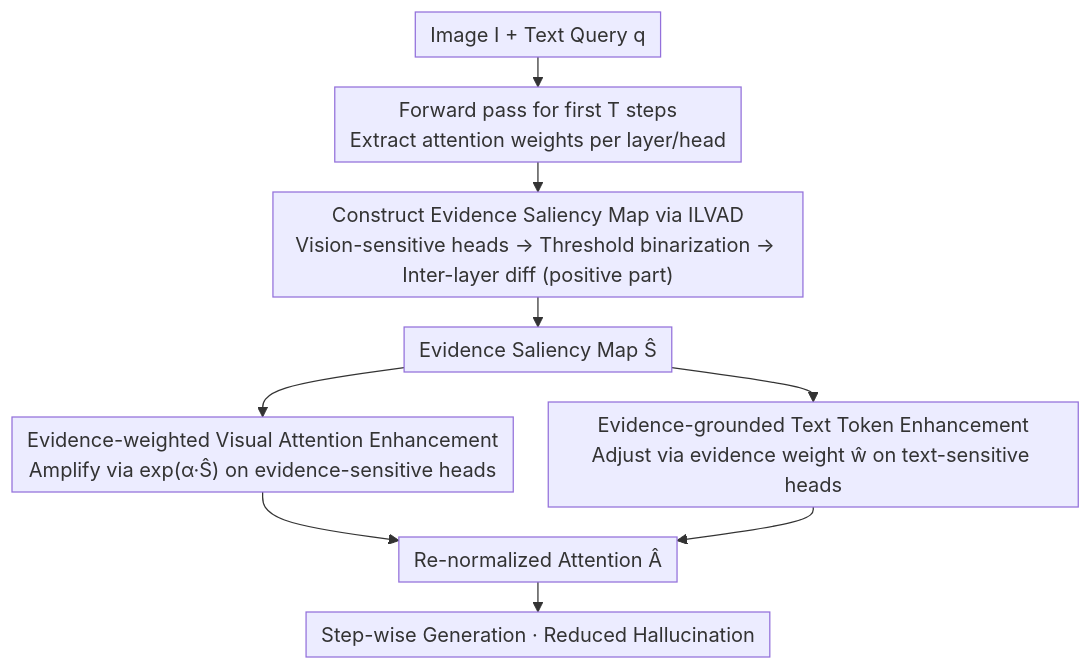
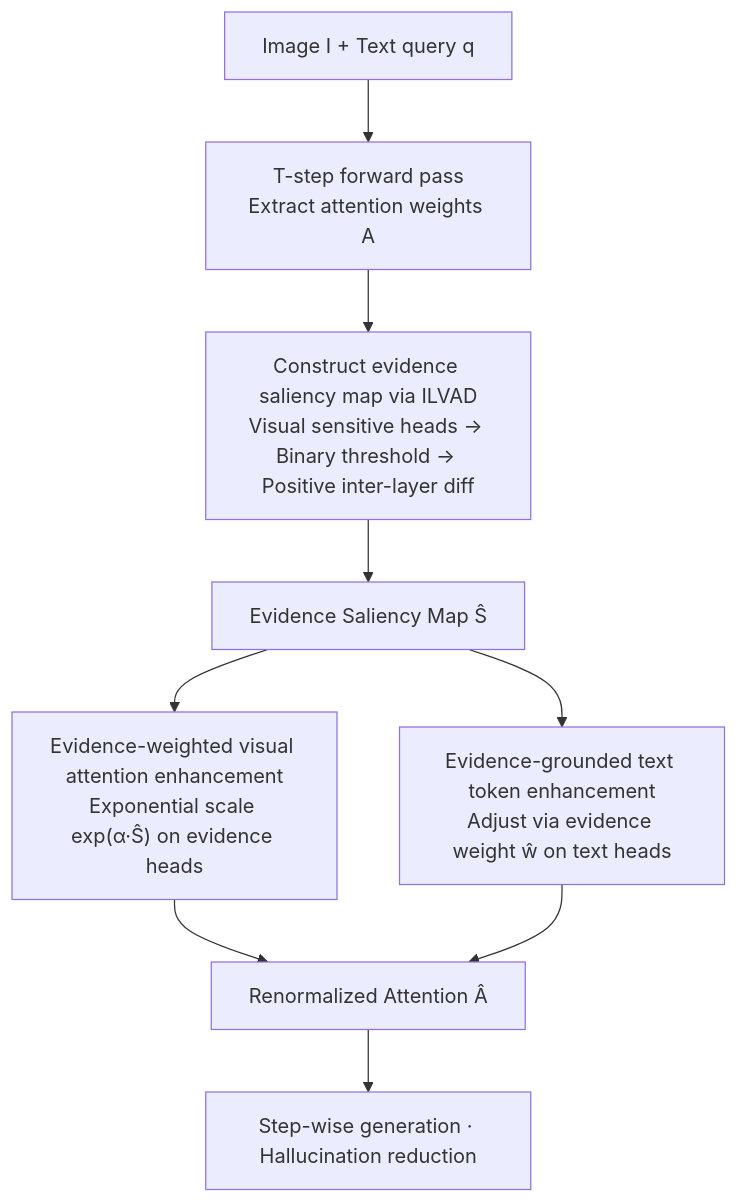
Before and after one commit to zhaoyang97/Paper-Notes-en: the diagram in docs/ICML2026/hallucination/finding_the_correct_visual_evidence_without_forgetting_mitigating_hallucination_.md, drawn with Mermaid. The commit also changed other lines of this file and 5084 other files, not shown here.

````diff
--- a/docs/ICML2026/hallucination/finding_the_correct_visual_evidence_without_forgetting_mitigating_hallucination_.md
+++ b/docs/ICML2026/hallucination/finding_the_correct_visual_evidence_without_forgetting_mitigating_hallucination_.md
@@ -40,12 +40,11 @@
 ```mermaid
-%%{init: {'flowchart': {'rankSpacing': 24, 'nodeSpacing': 28, 'padding': 6, 'wrappingWidth': 400}}}%%
 flowchart TD
-    A["Image I + Text Query q"] --> B["Forward pass for first T steps<br/>Extract attention weights per layer/head"]
-    B --> C["Construct Evidence Saliency Map via ILVAD<br/>Vision-sensitive heads → Threshold binarization → Inter-layer diff (positive part)"]
+    A["Image I + Text query q"] --> B["T-step forward pass<br/>Extract attention weights A"]
+    B --> C["Construct evidence saliency map via ILVAD<br/>Visual sensitive heads → Binary threshold → Positive inter-layer diff"]
     C --> D["Evidence Saliency Map Ŝ"]
-    D --> E["Evidence-weighted Visual Attention Enhancement<br/>Amplify via exp(α·Ŝ) on evidence-sensitive heads"]
-    D --> F["Evidence-grounded Text Token Enhancement<br/>Adjust via evidence weight ŵ on text-sensitive heads"]
-    E --> G["Re-normalized Attention Â"]
+    D --> E["Evidence-weighted visual attention enhancement<br/>Exponential scale exp(α·Ŝ) on evidence heads"]
+    D --> F["Evidence-grounded text token enhancement<br/>Adjust via evidence weight ŵ on text heads"]
+    E --> G["Renormalized Attention Â"]
     F --> G
-    G --> H["Step-wise Generation · Reduced Hallucination"]
+    G --> H["Step-wise generation · Hallucination reduction"]
 ```
````
